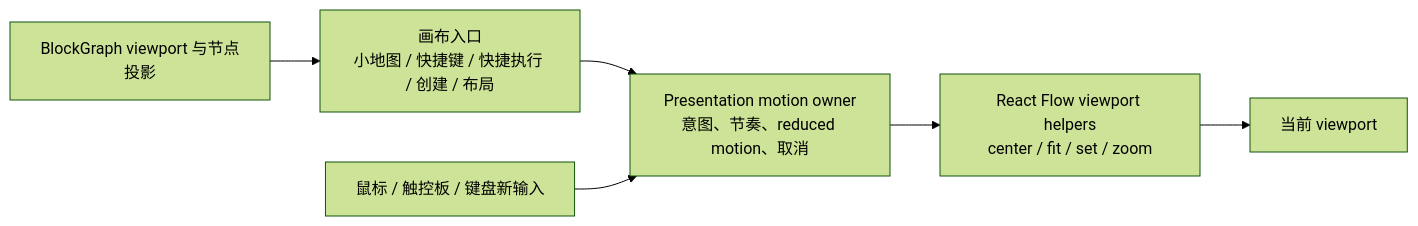
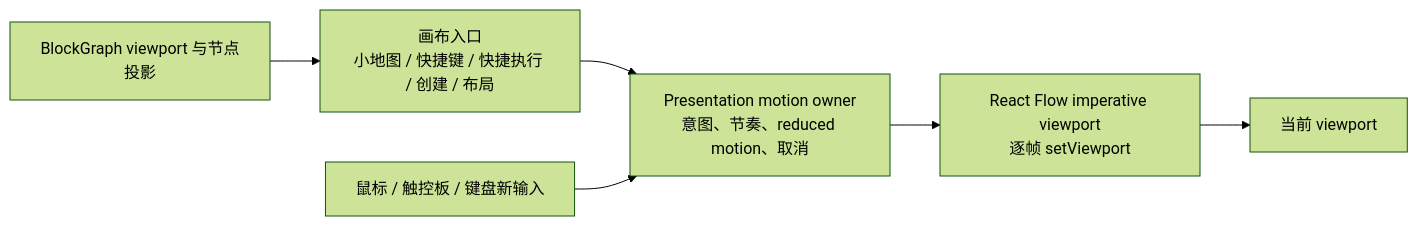
One commit to chen-985211/cleancode changed the diagram in docs/product/canvas-motion-roadmap.md. Above: the diagram before and after it, drawn with Mermaid (forest theme). The commit also changed other lines of this file and 32 other files, not shown here.

````diff
--- a/docs/product/canvas-motion-roadmap.md
+++ b/docs/product/canvas-motion-roadmap.md
@@ -68,8 +68,8 @@
 ```mermaid
 flowchart LR
   C["画布入口<br/>小地图 / 快捷键 / 快捷执行 / 创建 / 布局"] --> M["Presentation motion owner<br/>意图、节奏、reduced motion、取消"]
-  M --> R["React Flow viewport helpers<br/>center / fit / set / zoom"]
+  M --> R["React Flow imperative viewport<br/>逐帧 setViewport"]
   R --> V["当前 viewport"]
   U["鼠标 / 触控板 / 键盘新输入"] --> M
   B["BlockGraph viewport 与节点投影"] --> C
 ```
````
